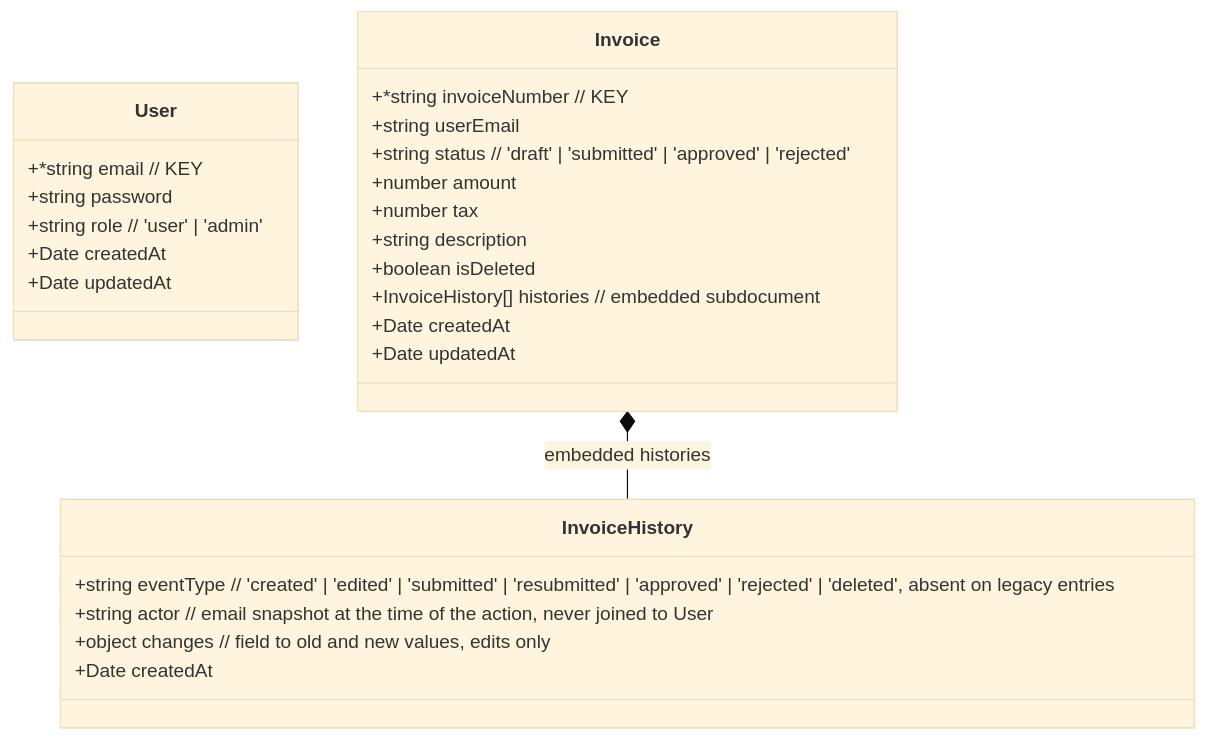
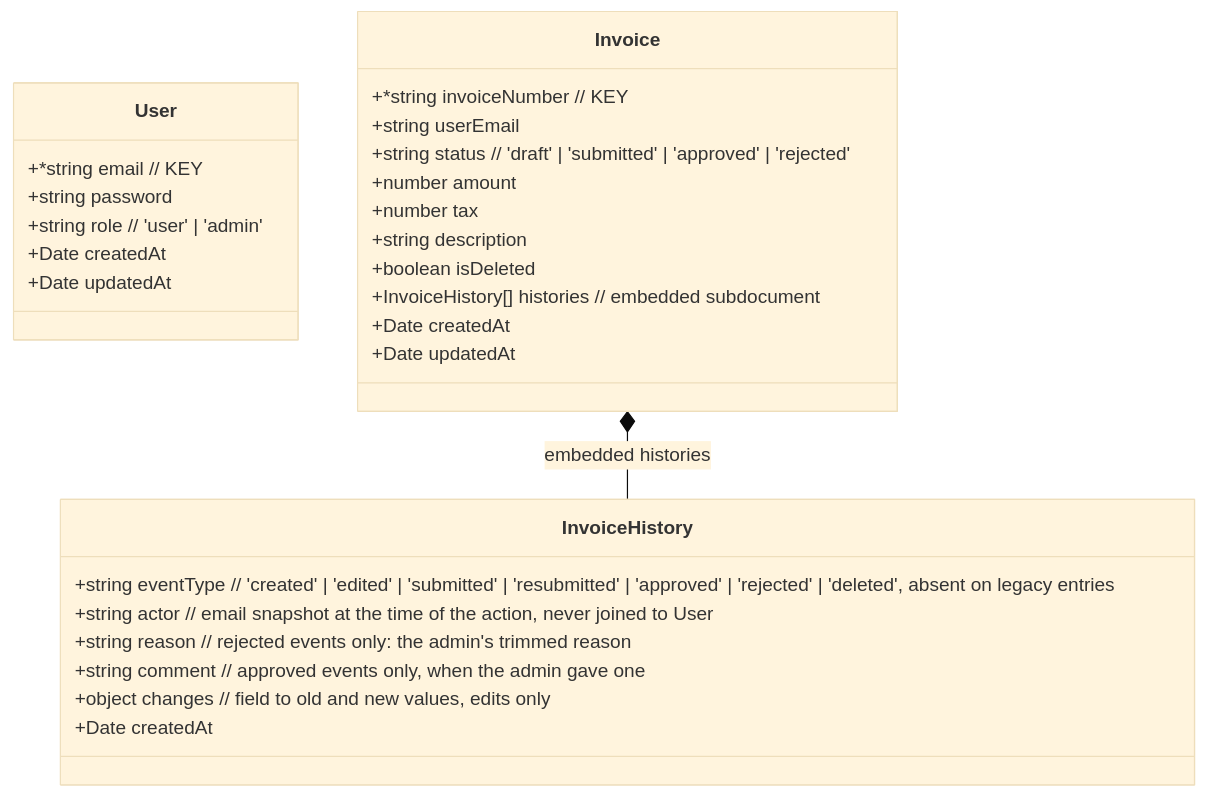
One commit to ngantongkim-agilityio/claude-training changed the diagram in apps/tax-invoice-api/docs/DB_DESIGN.md. Above: the diagram before and after it, drawn with Mermaid (base theme). The commit also changed 16 other files, not shown here.

Commit message:
feat(invoices): require rejection reason and allow approval comment

````diff
--- a/apps/tax-invoice-api/docs/DB_DESIGN.md
+++ b/apps/tax-invoice-api/docs/DB_DESIGN.md
@@ -3,36 +3,38 @@
 ```mermaid
 classDiagram
   %% ===== User Collection =====
   class User {
     +*string email  // KEY
     +string password
     +string role  // 'user' | 'admin'
     +Date createdAt
     +Date updatedAt
   }
 
   %% ===== Invoice Collection =====
   class Invoice {
     +*string invoiceNumber  // KEY
     +string userEmail
     +string status  // 'draft' | 'submitted' | 'approved' | 'rejected'
     +number amount
     +number tax
     +string description
     +boolean isDeleted
     +InvoiceHistory[] histories  // embedded subdocument
     +Date createdAt
     +Date updatedAt
   }
 
   %% ===== Subdocument inside Invoice =====
   class InvoiceHistory {
     +string eventType  // 'created' | 'edited' | 'submitted' | 'resubmitted' | 'approved' | 'rejected' | 'deleted', absent on legacy entries
     +string actor  // email snapshot at the time of the action, never joined to User
+    +string reason  // rejected events only: the admin's trimmed reason
+    +string comment  // approved events only, when the admin gave one
     +object changes  // field to old and new values, edits only
     +Date createdAt
   }
 
   %% ===== Relationships =====
   Invoice *-- InvoiceHistory : embedded histories
 ```
````
